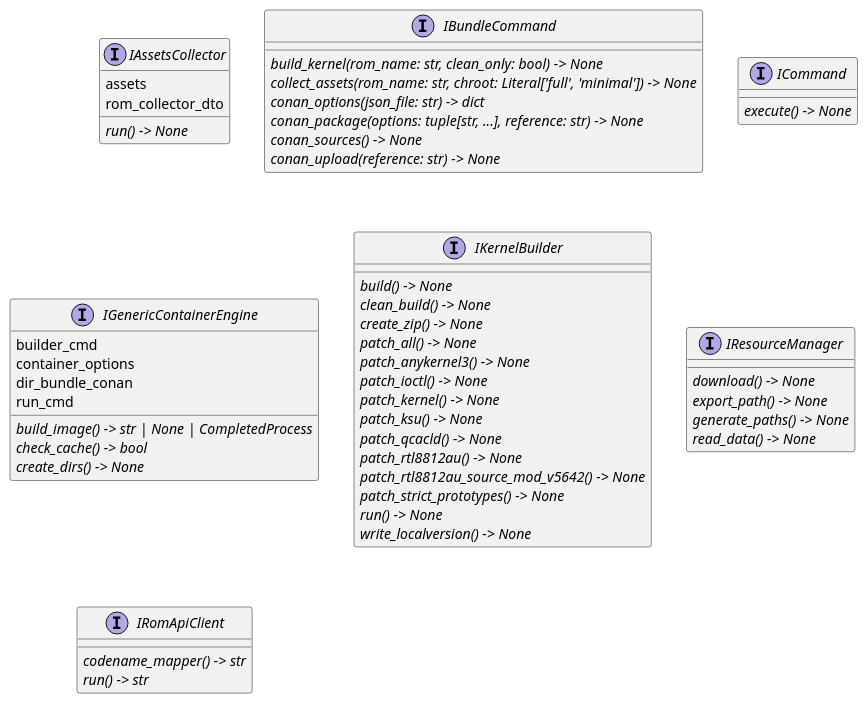
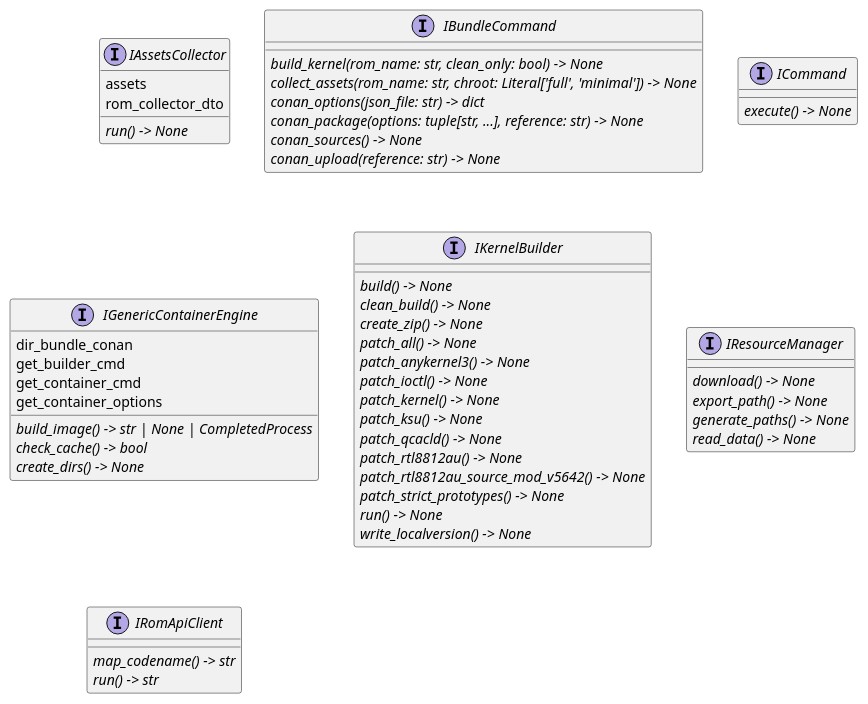
One commit to seppzer0/zero_kernel changed the diagram in docs/architecture/interfaces/classes.puml. Above: the diagram before and after it, drawn with PlantUML. The commit also changed 2 other files, not shown here.

Commit message:
docs: update architecture docs

```diff
--- a/docs/architecture/interfaces/classes.puml
+++ b/docs/architecture/interfaces/classes.puml
@@ -1,54 +1,54 @@
 @startuml classes
 set namespaceSeparator none
 interface "IAssetsCollector" as interfaces.modules.IAssetsCollector {
   assets
   rom_collector_dto
   {abstract}run() -> None
 }
 interface "IBundleCommand" as interfaces.commands.IBundleCommand {
   {abstract}build_kernel(rom_name: str, clean_only: bool) -> None
   {abstract}collect_assets(rom_name: str, chroot: Literal['full', 'minimal']) -> None
   {abstract}conan_options(json_file: str) -> dict
   {abstract}conan_package(options: tuple[str, ...], reference: str) -> None
   {abstract}conan_sources() -> None
   {abstract}conan_upload(reference: str) -> None
 }
 interface "ICommand" as interfaces.commands.ICommand {
   {abstract}execute() -> None
 }
 interface "IGenericContainerEngine" as interfaces.engines.IGenericContainerEngine {
-  builder_cmd
-  container_options
   dir_bundle_conan
-  run_cmd
+  get_builder_cmd
+  get_container_cmd
+  get_container_options
   {abstract}build_image() -> str | None | CompletedProcess
   {abstract}check_cache() -> bool
   {abstract}create_dirs() -> None
 }
 interface "IKernelBuilder" as interfaces.modules.IKernelBuilder {
   {abstract}build() -> None
   {abstract}clean_build() -> None
   {abstract}create_zip() -> None
   {abstract}patch_all() -> None
   {abstract}patch_anykernel3() -> None
   {abstract}patch_ioctl() -> None
   {abstract}patch_kernel() -> None
   {abstract}patch_ksu() -> None
   {abstract}patch_qcacld() -> None
   {abstract}patch_rtl8812au() -> None
   {abstract}patch_rtl8812au_source_mod_v5642() -> None
   {abstract}patch_strict_prototypes() -> None
   {abstract}run() -> None
   {abstract}write_localversion() -> None
 }
 interface "IResourceManager" as interfaces.managers.IResourceManager {
   {abstract}download() -> None
   {abstract}export_path() -> None
   {abstract}generate_paths() -> None
   {abstract}read_data() -> None
 }
 interface "IRomApiClient" as interfaces.clients.IRomApiClient {
-  {abstract}codename_mapper() -> str
+  {abstract}map_codename() -> str
   {abstract}run() -> str
 }
 @enduml
```
